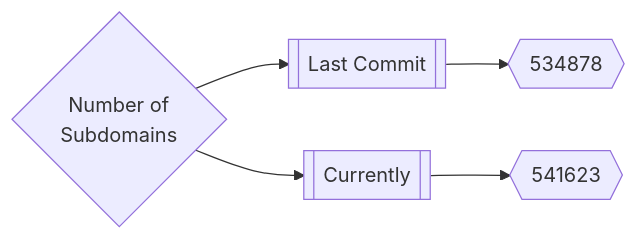
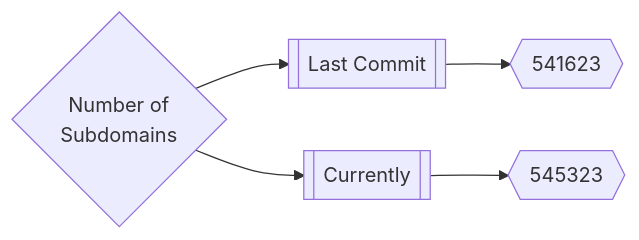
The first of 3 diagrams in README.md (trickest/inventory), drawn with Mermaid before and after one commit. The commit also changed other lines of this file and 109 other files, not shown here.

````diff
--- a/README.md
+++ b/README.md
@@ -165,5 +165,5 @@
 ```mermaid
 graph LR
-title{Number of<br>Subdomains} --> subdomainsDate1[[Last Commit]] --> subdomainsNum1{{534878}}
-title --> subdomainsDate2[[Currently]] --> subdomainsNum2{{541623}}
+title{Number of<br>Subdomains} --> subdomainsDate1[[Last Commit]] --> subdomainsNum1{{541623}}
+title --> subdomainsDate2[[Currently]] --> subdomainsNum2{{545323}}
 ```
````
